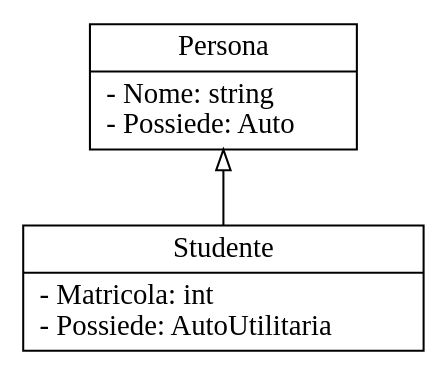
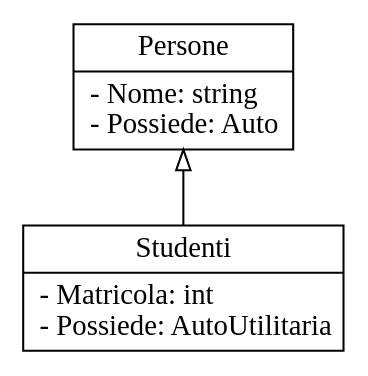
Before and after one commit to alek3y/cs: the tenth of 17 diagrams in src/ct0006-1/README.md, drawn with Graphviz. The commit also changed other lines of this file, not shown here.

````diff
--- a/src/ct0006-1/README.md
+++ b/src/ct0006-1/README.md
@@ -175,10 +175,10 @@
 ```dot process
 digraph {
 	rankdir=TB
-	node [shape=record]
+	node [shape=record fontname="Times"]
 	edge [dir=back]
-	Persona [label="{Persona | - Nome: string\l- Possiede: Auto\l}"]
-	Studente [label="{Studente | - Matricola: int\l- Possiede: AutoUtilitaria\l}"]
-	Persona -> Studente [arrowtail=onormal]
+	Persone [label="{Persone | - Nome: string\l- Possiede: Auto\l}"]
+	Studenti [label="{Studenti | - Matricola: int\l- Possiede: AutoUtilitaria\l}"]
+	Persone -> Studenti [arrowtail=onormal]
 }
 ```
````
